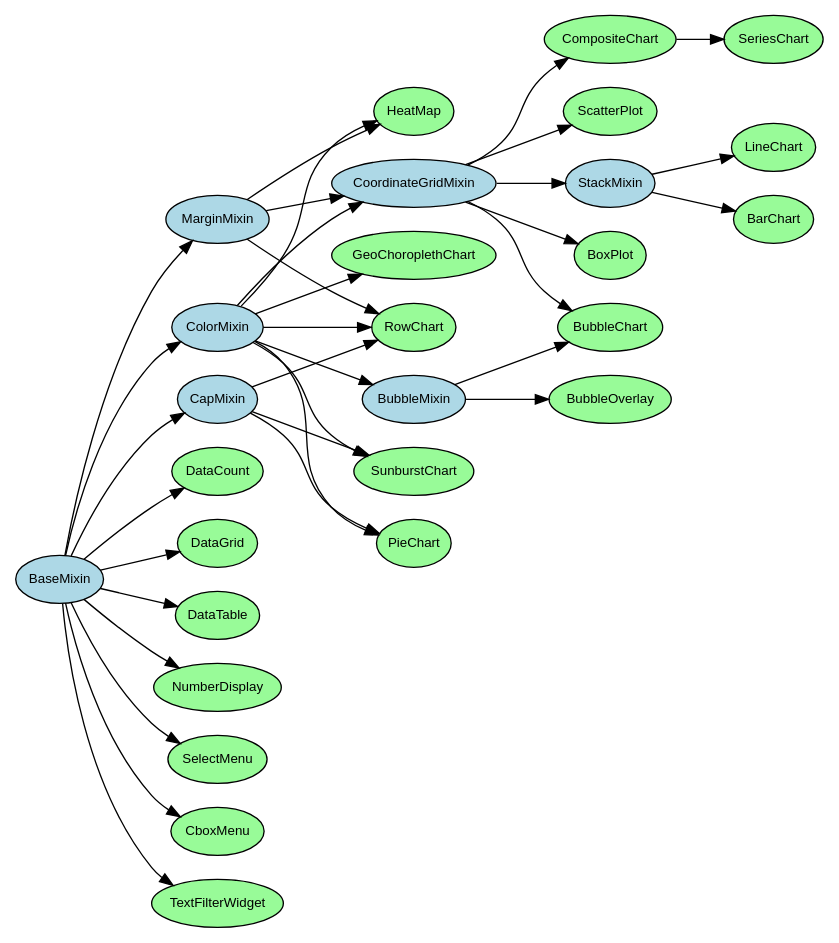
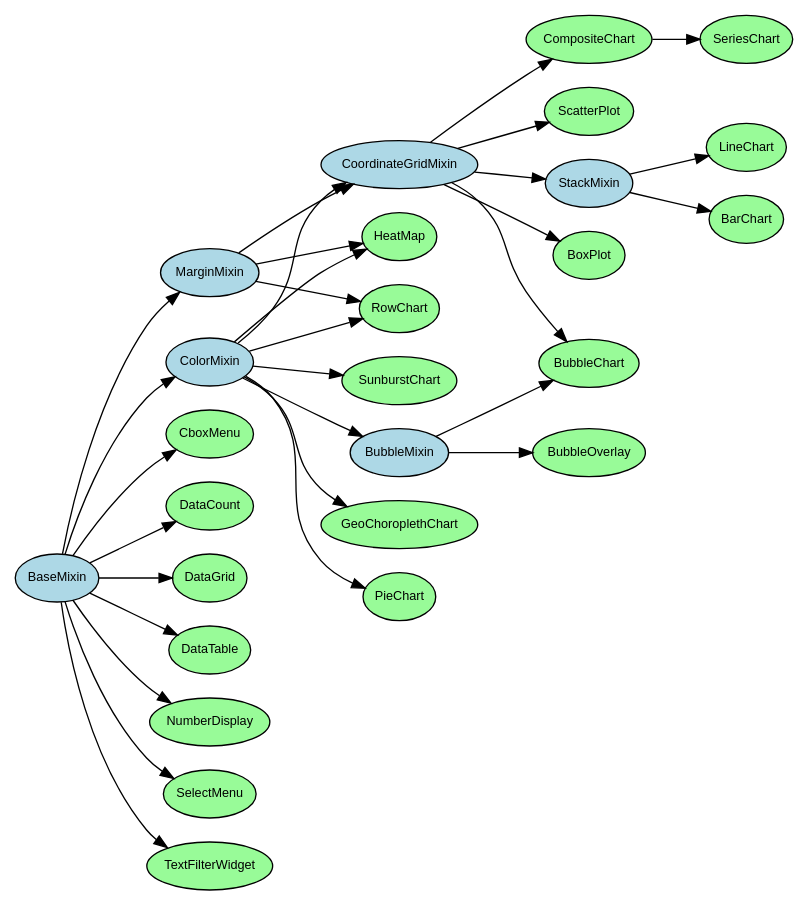
The diagram in class-hierarchy.dot (dc-js/dc.js), drawn with Graphviz before and after one commit.

Commit message:
Update links, remove CapMixin

```diff
--- a/class-hierarchy.dot
+++ b/class-hierarchy.dot
@@ -1,40 +1,64 @@
 digraph dcHierarchy {
 graph [rankdir=LR, ranksep=0.5]
-node [fontname="sans-serif", fontsize=10, margin="0.05,0.05", href="\N.html"]
+node [fontname="sans-serif", fontsize=9.5, margin="0.05,0.05"]
 node [style=filled, fillcolor=palegreen]
-{ node [style=filled, fillcolor=lightblue] BaseMixin ColorMixin MarginMixin BubbleMixin CoordinateGridMixin StackMixin CapMixin }
-BaseMixin
+{ node [style=filled, fillcolor=lightblue] BaseMixin ColorMixin MarginMixin BubbleMixin CoordinateGridMixin StackMixin }
+
+BaseMixin [href = "classes/basemixin.html"]
+BubbleMixin [href = "modules.html#bubblemixin"]
+ColorMixin [href = "modules.html#colormixin"]
+CoordinateGridMixin [href = "classes/coordinategridmixin.html"]
+MarginMixin [href = "classes/marginmixin.html"]
+StackMixin [href = "classes/stackmixin.html"]
+
+BarChart [href = "classes/barchart.html"]
+BoxPlot [href = "classes/boxplot.html"]
+BubbleChart [href = "classes/bubblechart.html"]
+BubbleOverlay [href = "classes/bubbleoverlay.html"]
+CboxMenu [href = "classes/cboxmenu.html"]
+CompositeChart [href = "classes/compositechart.html"]
+DataCount [href = "classes/datacount.html"]
+DataGrid [href = "classes/datagrid.html"]
+DataTable [href = "classes/datatable.html"]
+GeoChoroplethChart [href = "classes/geochoroplethchart.html"]
+HeatMap [href = "classes/heatmap.html"]
+LineChart [href = "classes/linechart.html"]
+NumberDisplay [href = "classes/numberdisplay.html"]
+PieChart [href = "classes/piechart.html"]
+RowChart [href = "classes/rowchart.html"]
+ScatterPlot [href = "classes/scatterplot.html"]
+SelectMenu [href = "classes/selectmenu.html"]
+SeriesChart [href = "classes/serieschart.html"]
+SunburstChart [href = "classes/sunburstchart.html"]
+TextFilterWidget [href = "classes/textfilterwidget.html"]
+
 ColorMixin -> CoordinateGridMixin
 MarginMixin -> CoordinateGridMixin
 CoordinateGridMixin -> StackMixin
 StackMixin -> BarChart
 CoordinateGridMixin -> BoxPlot
 CoordinateGridMixin -> BubbleChart
 BubbleMixin -> BubbleChart
 ColorMixin -> BubbleMixin
 BubbleMixin -> BubbleOverlay
 CoordinateGridMixin -> CompositeChart
 CompositeChart -> SeriesChart
 BaseMixin -> DataCount
 BaseMixin -> DataGrid
 BaseMixin -> DataTable
 BaseMixin -> ColorMixin
 ColorMixin -> GeoChoroplethChart
 BaseMixin -> MarginMixin
 MarginMixin -> HeatMap
 ColorMixin -> HeatMap
 StackMixin -> LineChart
 BaseMixin -> NumberDisplay
 ColorMixin -> PieChart
-BaseMixin -> CapMixin
-CapMixin -> PieChart
-CapMixin -> RowChart
 MarginMixin -> RowChart
 ColorMixin -> RowChart
 CoordinateGridMixin -> ScatterPlot
 BaseMixin -> SelectMenu
 BaseMixin -> CboxMenu
 ColorMixin -> SunburstChart
-CapMixin -> SunburstChart
 BaseMixin -> TextFilterWidget
 }
```
